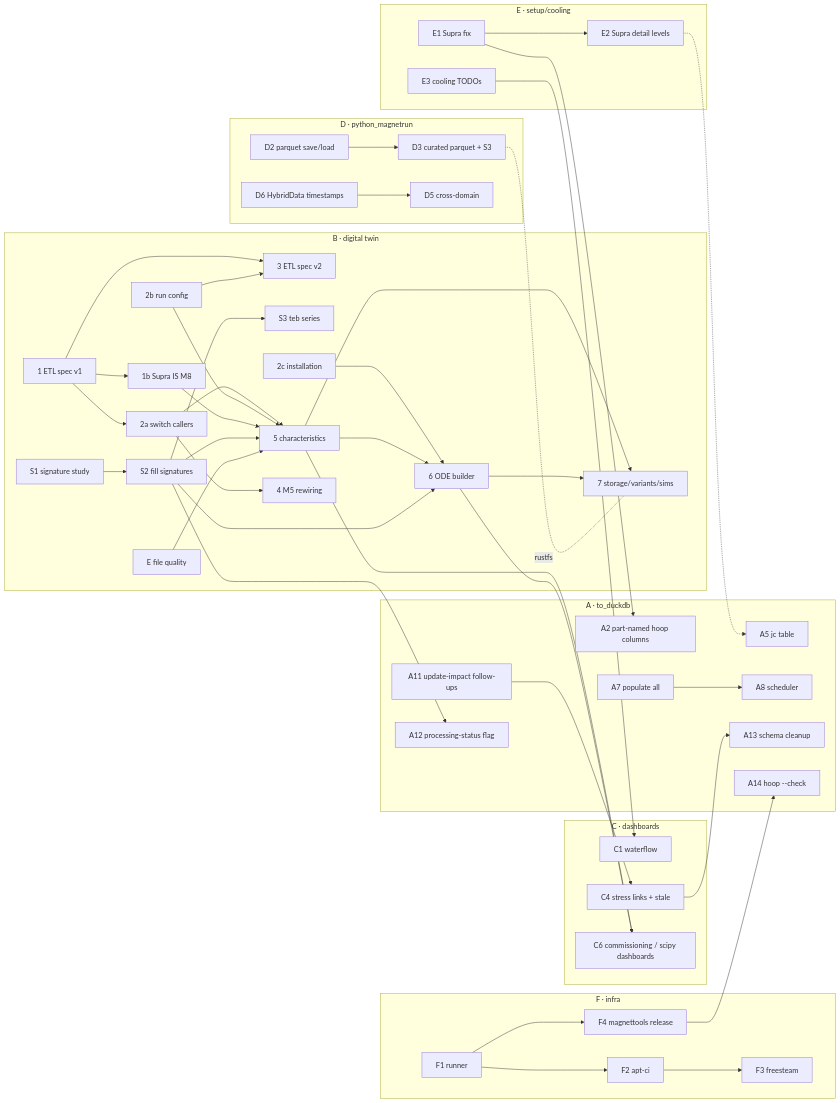
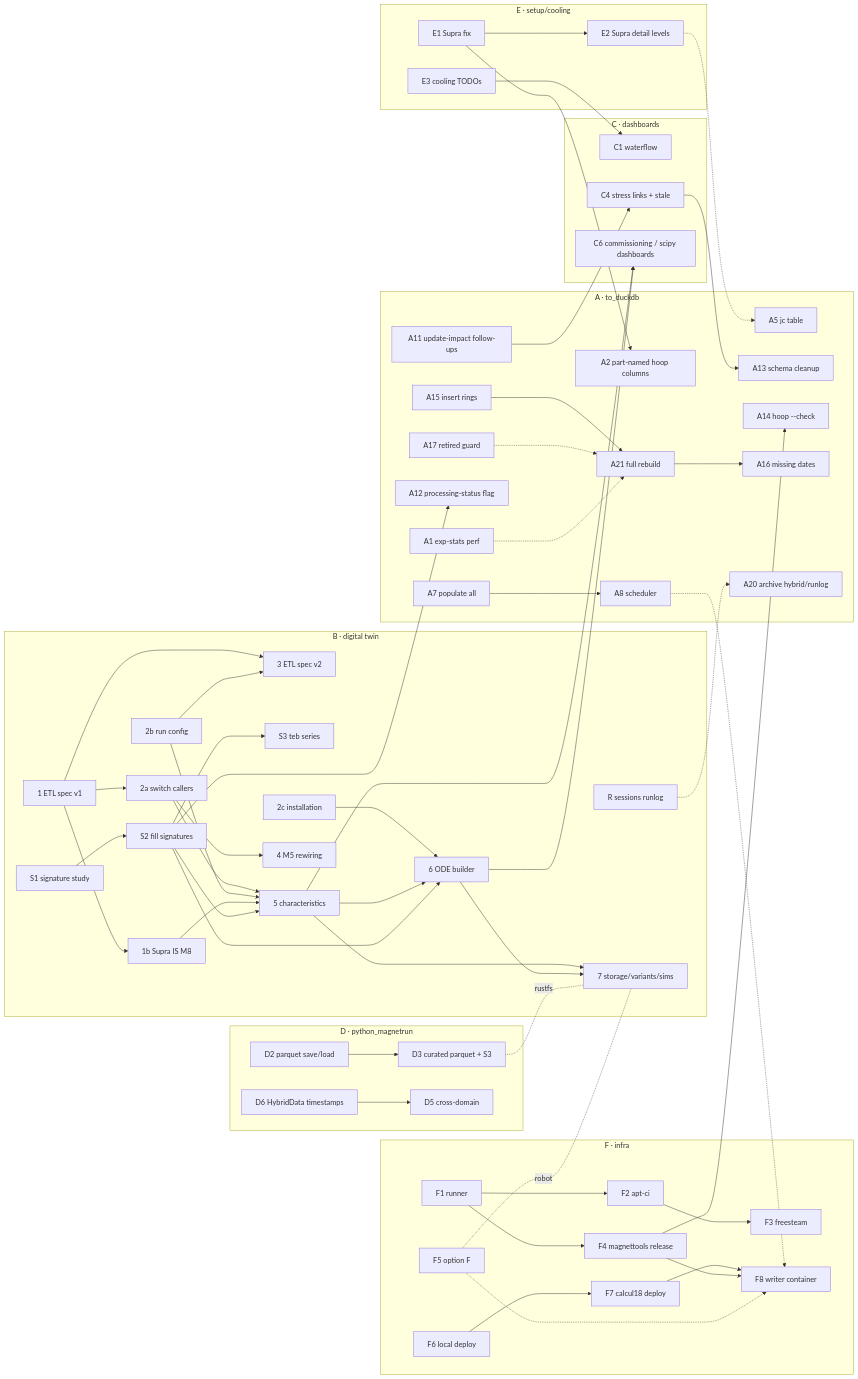
The diagram in ROADMAP.md (Trophime/magnetdb-duckdb-demo), drawn with Mermaid before and after one commit. The commit also changed other lines of this file and 4 other files, not shown here.

Commit message:
up roadmap and dev plans

````diff
--- a/ROADMAP.md
+++ b/ROADMAP.md
@@ -224,60 +303,72 @@
 ```mermaid
 graph LR
   subgraph F[F · infra]
     F1[F1 runner] --> F2[F2 apt-ci] --> F3[F3 freesteam]
     F1 --> F4[F4 magnettools release]
+    F6[F6 local deploy] --> F7[F7 calcul18 deploy] --> F8[F8 writer container]
+    F5[F5 option F]
   end
   subgraph E[E · setup/cooling]
     E1[E1 Supra fix] --> E2[E2 Supra detail levels]
     E3[E3 cooling TODOs]
   end
   subgraph A[A · to_duckdb]
+    A1[A1 exp-stats perf]
     A2[A2 part-named hoop columns]
     A5[A5 jc table]
     A7[A7 populate all] --> A8[A8 scheduler]
     A11[A11 update-impact follow-ups]
     A12[A12 processing-status flag]
     A13[A13 schema cleanup]
     A14[A14 hoop --check]
+    A15[A15 insert rings] --> A21[A21 full rebuild]
+    A17[A17 retired guard] -.-> A21
+    A21 --> A16[A16 missing dates]
+    A20[A20 archive hybrid/runlog]
   end
   subgraph B[B · digital twin]
+    BR[R sessions runlog]
     B1[1 ETL spec v1] --> B1b[1b Supra IS M8]
     B1 --> B2a[2a switch callers]
     B2b[2b run config]
     B1 --> B3[3 ETL spec v2]
     B2b --> B3
     BS1[S1 signature study] --> BS2[S2 fill signatures] --> BS3[S3 teb series]
-    BE[E file quality]
     B2c[2c installation]
     B2a --> B5[5 characteristics]
     B2b --> B5
     B1b --> B5
     BS2 --> B5
-    BE --> B5
     B2c --> B6[6 ODE builder]
     B5 --> B6
     BS2 --> B6
     B5 --> B7[7 storage/variants/sims]
     B6 --> B7
     B2a --> B4[4 M5 rewiring]
   end
   subgraph C[C · dashboards]
     C1[C1 waterflow]
     C4[C4 stress links + stale]
     C6[C6 commissioning / scipy dashboards]
   end
   subgraph D[D · python_magnetrun]
     D2[D2 parquet save/load] --> D3[D3 curated parquet + S3]
     D6[D6 HybridData timestamps] --> D5[D5 cross-domain]
   end
   E1 --> A2
   E2 -.-> A5
   F4 --> A14
+  F4 --> F8
+  A1 -.-> A21
+  A8 -.-> F8
   E3 --> C1
   A11 --> C4
   C4 --> A13
   BS2 --> A12
+  BR -.-> A20
   B5 --> C6
   B6 --> C6
   D3 -. rustfs .- B7
+  F5 -.-> F8
+  F5 -. robot .- B7
 ```
````
